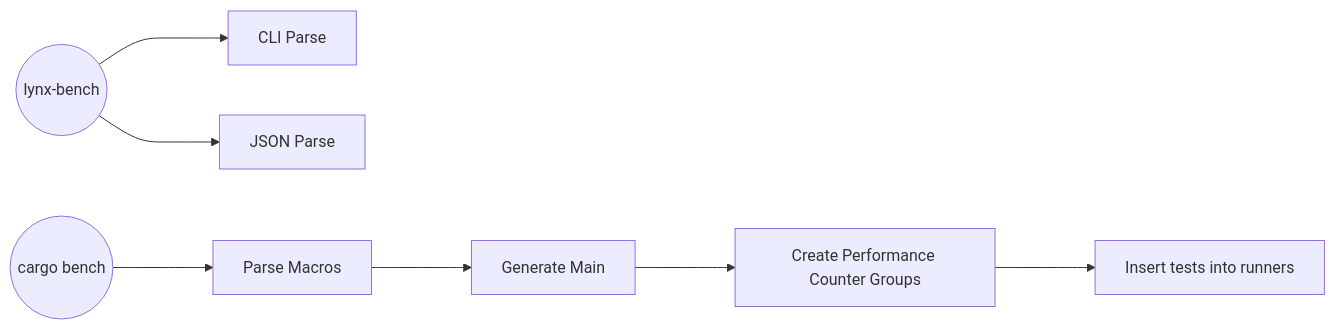
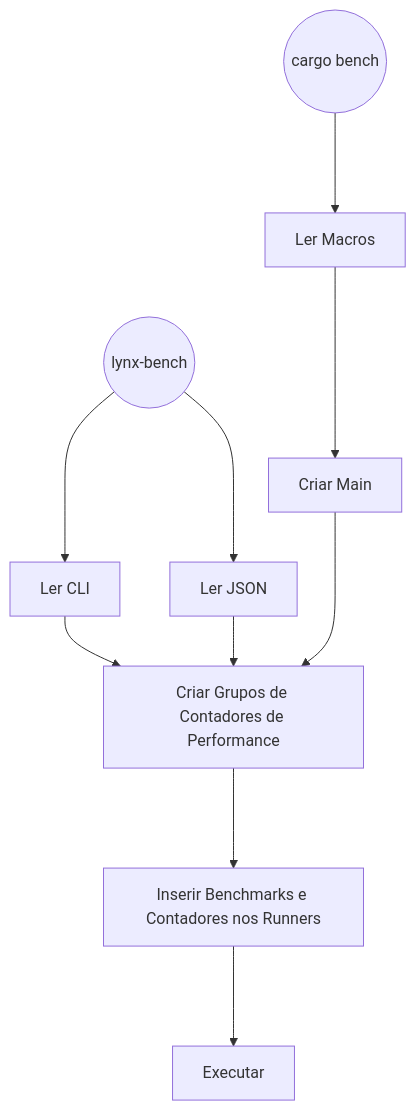
One commit to elmaximooficial/elmaximooficial.github.io changed the diagram in Projetos/Lynx/RFCs/Lynx Bench.md. Above: the diagram before and after it, drawn with Mermaid. The commit also changed other lines of this file, not shown here.

Commit message:
Last Sync: 2025-07-05 02:45 (Mobile)

````diff
--- a/Projetos/Lynx/RFCs/Lynx Bench.md
+++ b/Projetos/Lynx/RFCs/Lynx Bench.md
@@ -8,10 +8,12 @@
 ```mermaid
-  flowchart LR
-    A((lynx-bench))--->B[CLI Parse]
-    A--->C[JSON Parse]
-    D((cargo bench))--->E[Parse Macros]
-    E--->F[Generate Main]
-    F--->G[Create Performance Counter Groups]
-    G--->H[Insert tests into runners]
-    H
+  flowchart TD
+    A((lynx-bench))--->B[Ler CLI]
+    B-->G
+    D((cargo bench))--->E[Ler Macros]
+    E--->F[Criar Main]
+    F--->G[Criar Grupos de Contadores de Performance]
+    G--->H[Inserir Benchmarks e Contadores nos Runners]
+    H--->I[Executar]
+    A--->C[Ler JSON]
+    C-->G
 ```
````
